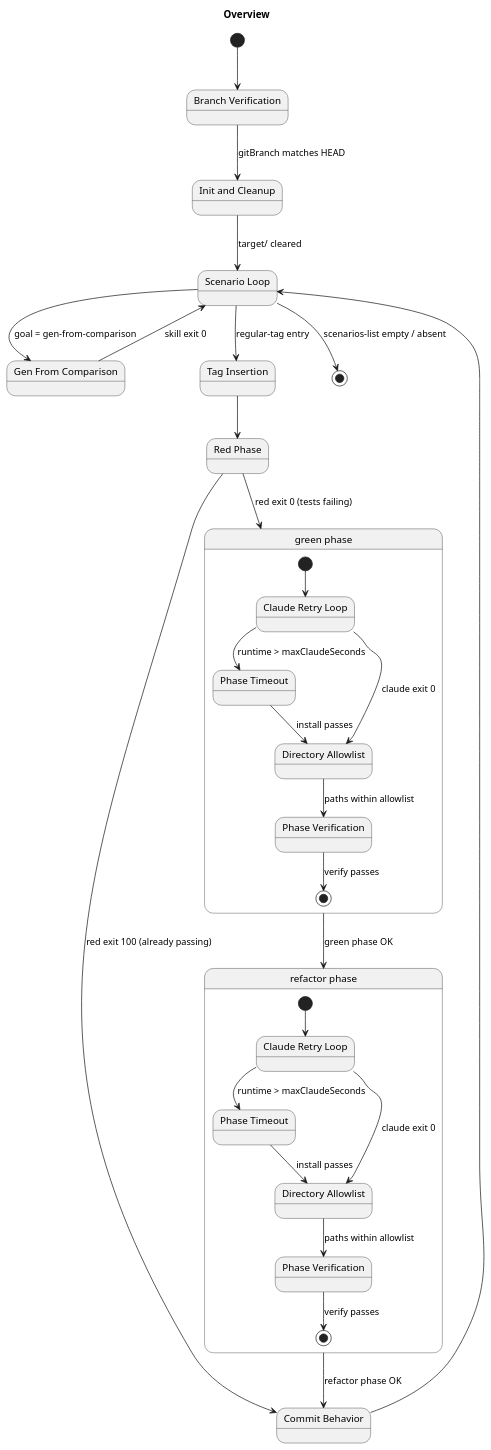
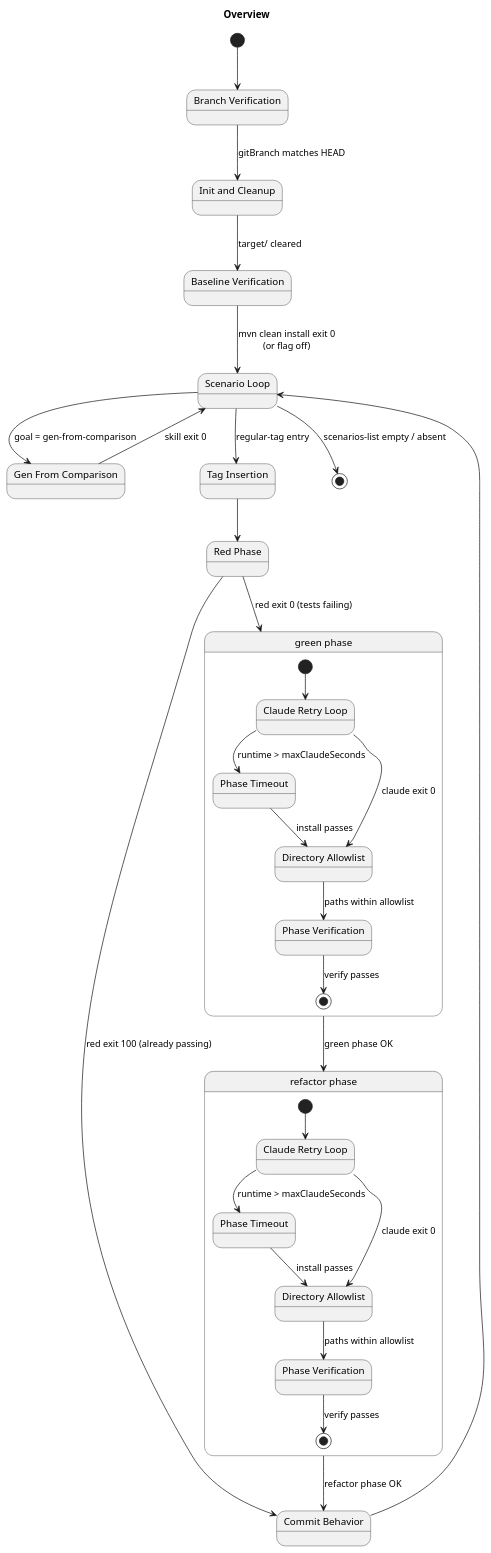
The first of 13 diagrams in sheep-dog-features/src/test/resources/asciidoc/specs/Darmok/model.md (farhan5248/sheep-dog-qa), drawn with PlantUML before and after one commit. The commit also changed other lines of this file and 2 other files, not shown here.

Commit message:
Darmok should run mvn clean install at the start

````diff
--- a/sheep-dog-features/src/test/resources/asciidoc/specs/Darmok/model.md
+++ b/sheep-dog-features/src/test/resources/asciidoc/specs/Darmok/model.md
@@ -31,54 +31,56 @@
 ```plantuml
 @startuml
 title Overview
 
 state "Branch Verification" as BranchVerification
 state "Init and Cleanup" as InitAndCleanup
+state "Baseline Verification" as BaselineVerification
 state "Scenario Loop" as ScenarioLoop
 state "Gen From Comparison" as GenFromComparison
 state "Tag Insertion" as TagInsertion
 state "Red Phase" as RedPhase
 state "Commit Behavior" as CommitBehavior
 
 state "green phase" as Green {
   state "Claude Retry Loop" as GreenClaudeRetryLoop
   state "Phase Timeout" as GreenPhaseTimeout
   state "Directory Allowlist" as GreenDirectoryAllowlist
   state "Phase Verification" as GreenPhaseVerification
   [*] --> GreenClaudeRetryLoop
   GreenClaudeRetryLoop --> GreenPhaseTimeout : runtime > maxClaudeSeconds
   GreenClaudeRetryLoop --> GreenDirectoryAllowlist : claude exit 0
   GreenPhaseTimeout --> GreenDirectoryAllowlist : install passes
   GreenDirectoryAllowlist --> GreenPhaseVerification : paths within allowlist
   GreenPhaseVerification --> [*] : verify passes
 }
 
 state "refactor phase" as Refactor {
   state "Claude Retry Loop" as RefactorClaudeRetryLoop
   state "Phase Timeout" as RefactorPhaseTimeout
   state "Directory Allowlist" as RefactorDirectoryAllowlist
   state "Phase Verification" as RefactorPhaseVerification
   [*] --> RefactorClaudeRetryLoop
   RefactorClaudeRetryLoop --> RefactorPhaseTimeout : runtime > maxClaudeSeconds
   RefactorClaudeRetryLoop --> RefactorDirectoryAllowlist : claude exit 0
   RefactorPhaseTimeout --> RefactorDirectoryAllowlist : install passes
   RefactorDirectoryAllowlist --> RefactorPhaseVerification : paths within allowlist
   RefactorPhaseVerification --> [*] : verify passes
 }
 
 [*] --> BranchVerification
 BranchVerification --> InitAndCleanup : gitBranch matches HEAD
-InitAndCleanup --> ScenarioLoop : target/ cleared
+InitAndCleanup --> BaselineVerification : target/ cleared
+BaselineVerification --> ScenarioLoop : mvn clean install exit 0\n(or flag off)
 ScenarioLoop --> GenFromComparison : goal = gen-from-comparison
 GenFromComparison --> ScenarioLoop : skill exit 0
 ScenarioLoop --> TagInsertion : regular-tag entry
 ScenarioLoop --> [*] : scenarios-list empty / absent
 TagInsertion --> RedPhase
 RedPhase --> CommitBehavior : red exit 100 (already passing)
 RedPhase --> Green : red exit 0 (tests failing)
 Green --> Refactor : green phase OK
 Refactor --> CommitBehavior : refactor phase OK
 CommitBehavior --> ScenarioLoop
 
 @enduml
 ```
````
